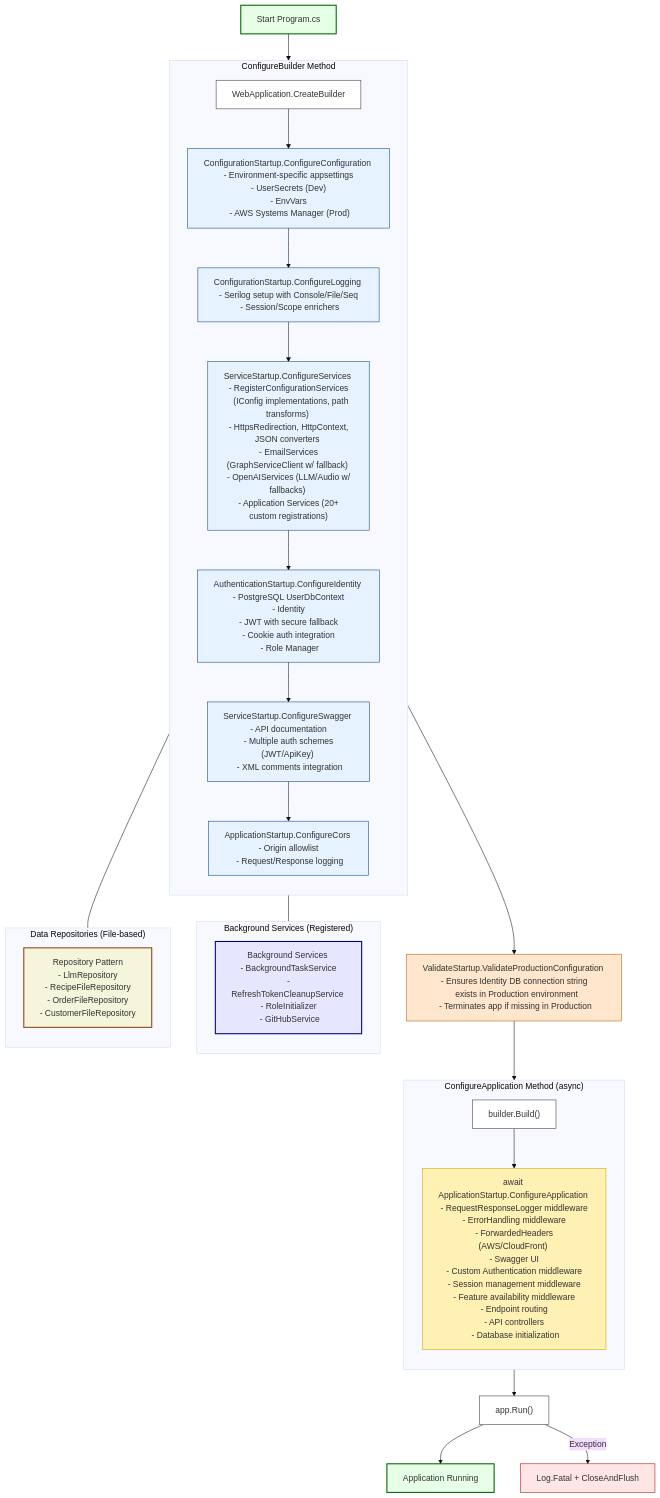
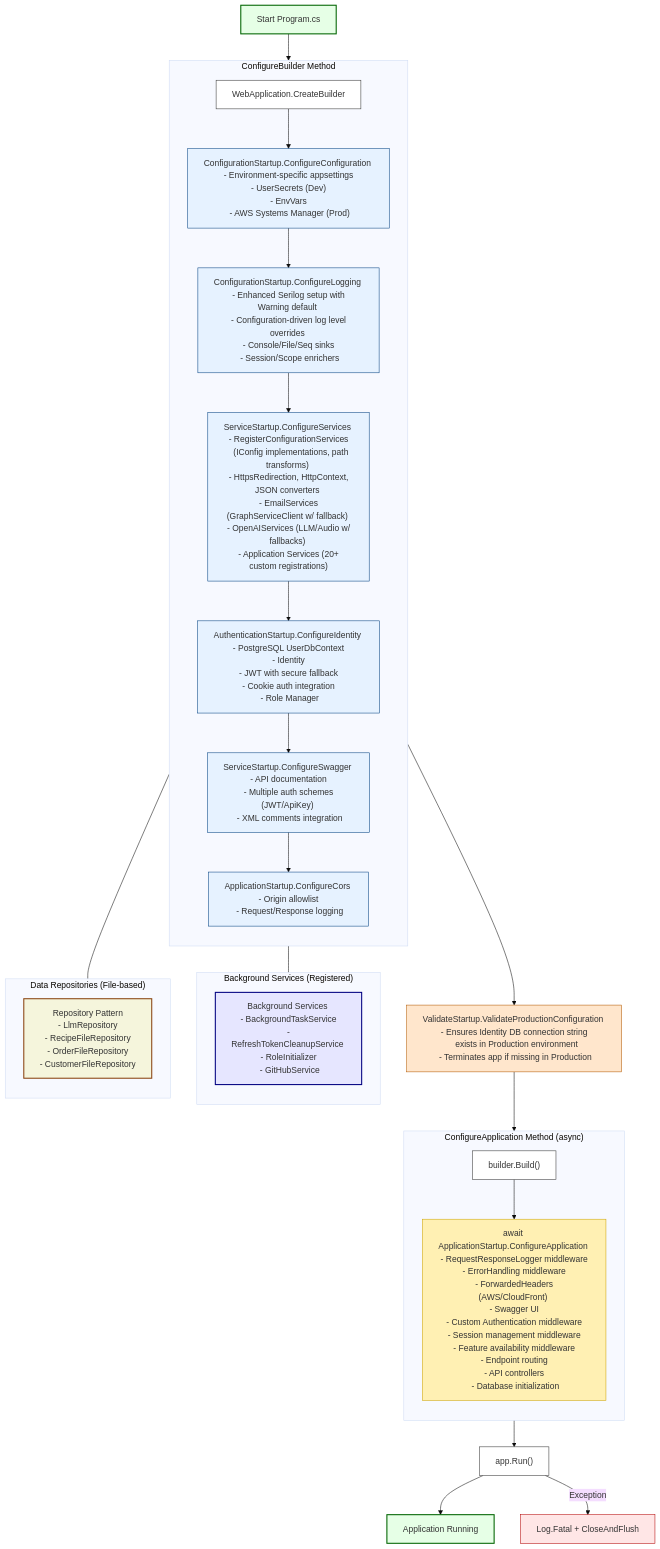
The diagram in api-server/Startup/README.md (Zarichney-Development/zarichney-api), drawn with Mermaid (base theme) before and after one commit. The commit also changed other lines of this file and 4 other files, not shown here.

````diff
--- a/api-server/Startup/README.md
+++ b/api-server/Startup/README.md
@@ -42,68 +42,68 @@
 ```mermaid
 %% Application Startup Flow in Program.cs
 graph TD
     Start[Start Program.cs] --> CreateBuilder[WebApplication.CreateBuilder]
 
     subgraph "ConfigureBuilder Method"
         direction TB
         CreateBuilder --> ConfigureConfig["ConfigurationStartup.ConfigureConfiguration \n - Environment-specific appsettings \n - UserSecrets (Dev) \n - EnvVars \n - AWS Systems Manager (Prod)"]
         
-        ConfigureConfig --> ConfigureLogging["ConfigurationStartup.ConfigureLogging \n - Serilog setup with Console/File/Seq \n - Session/Scope enrichers"]
+        ConfigureConfig --> ConfigureLogging["ConfigurationStartup.ConfigureLogging \n - Enhanced Serilog setup with Warning default \n - Configuration-driven log level overrides \n - Console/File/Seq sinks \n - Session/Scope enrichers"]
         
         ConfigureLogging --> ConfigureServices["ServiceStartup.ConfigureServices \n - RegisterConfigurationServices \n   (IConfig implementations, path transforms) \n - HttpsRedirection, HttpContext, JSON converters \n - EmailServices (GraphServiceClient w/ fallback) \n - OpenAIServices (LLM/Audio w/ fallbacks) \n - Application Services (20+ custom registrations)"]
         
         ConfigureServices --> ConfigureIdentity["AuthenticationStartup.ConfigureIdentity \n - PostgreSQL UserDbContext \n - Identity<ApplicationUser> \n - JWT with secure fallback \n - Cookie auth integration \n - Role Manager"]
         
         ConfigureIdentity --> ConfigureSwagger["ServiceStartup.ConfigureSwagger \n - API documentation \n - Multiple auth schemes (JWT/ApiKey) \n - XML comments integration"]
         
         ConfigureSwagger --> ConfigureCors["ApplicationStartup.ConfigureCors \n - Origin allowlist \n - Request/Response logging"]
     end
 
     ConfigureCors --> ValidateConfig["ValidateStartup.ValidateProductionConfiguration \n - Ensures Identity DB connection string \n   exists in Production environment \n - Terminates app if missing in Production"]
     
     ValidateConfig --> BuildApp["builder.Build()"]
 
     subgraph "ConfigureApplication Method (async)"
         direction TB
         BuildApp --> ConfigureApp["await ApplicationStartup.ConfigureApplication \n - RequestResponseLogger middleware \n - ErrorHandling middleware \n - ForwardedHeaders (AWS/CloudFront) \n - Swagger UI \n - Custom Authentication middleware \n - Session management middleware \n - Feature availability middleware \n - Endpoint routing \n - API controllers \n - Database initialization"]
     end
 
     ConfigureApp --> RunApp["app.Run()"]
     RunApp --> End[Application Running]
 
     %% Critical background services
     subgraph "Background Services (Registered)"
         direction TB
         BackgroundSvcs["Background Services \n - BackgroundTaskService \n - RefreshTokenCleanupService \n - RoleInitializer \n - GitHubService"]
     end
     ConfigureServices --- BackgroundSvcs
     
     %% Key data flows
     subgraph "Data Repositories (File-based)"
         direction TB
         Repositories["Repository Pattern \n - LlmRepository \n - RecipeFileRepository \n - OrderFileRepository \n - CustomerFileRepository"]
     end
     ConfigureServices --- Repositories
 
     %% Error handling
     RunApp -- "Exception" --> LogFatal["Log.Fatal + CloseAndFlush"]
 
     %% Styling
     classDef startEnd fill:#e6ffe6,stroke:#006400,stroke-width:2px;
     classDef process fill:#fff,stroke:#333,stroke-width:1px;
     classDef configStep fill:#e6f2ff,stroke:#004080,stroke-width:1px;
     classDef pipelineStep fill:#fff0b3,stroke:#cca300,stroke-width:1px;
     classDef errorStep fill:#ffe6e6,stroke:#b30000,stroke-width:1px;
     classDef validateStep fill:#ffe6cc,stroke:#b35900,stroke-width:1px;
     classDef repoStep fill:#f5f5dc,stroke:#8b4513,stroke-width:2px;
     classDef serviceBg fill:#e6e6ff,stroke:#000080,stroke-width:2px;
 
     class Start,End startEnd;
     class CreateBuilder,BuildApp,RunApp process;
     class ConfigureConfig,ConfigureLogging,ConfigureServices,ConfigureIdentity,ConfigureSwagger,ConfigureCors configStep;
     class ValidateConfig validateStep;
     class ConfigureApp pipelineStep;
     class LogFatal errorStep;
     class BackgroundSvcs serviceBg;
     class Repositories repoStep;
 ```
````
